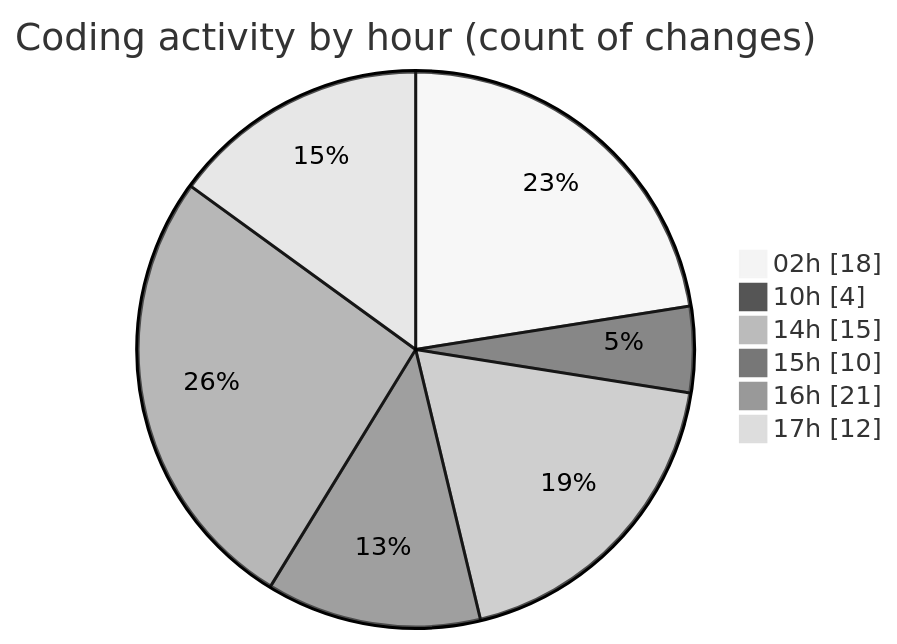
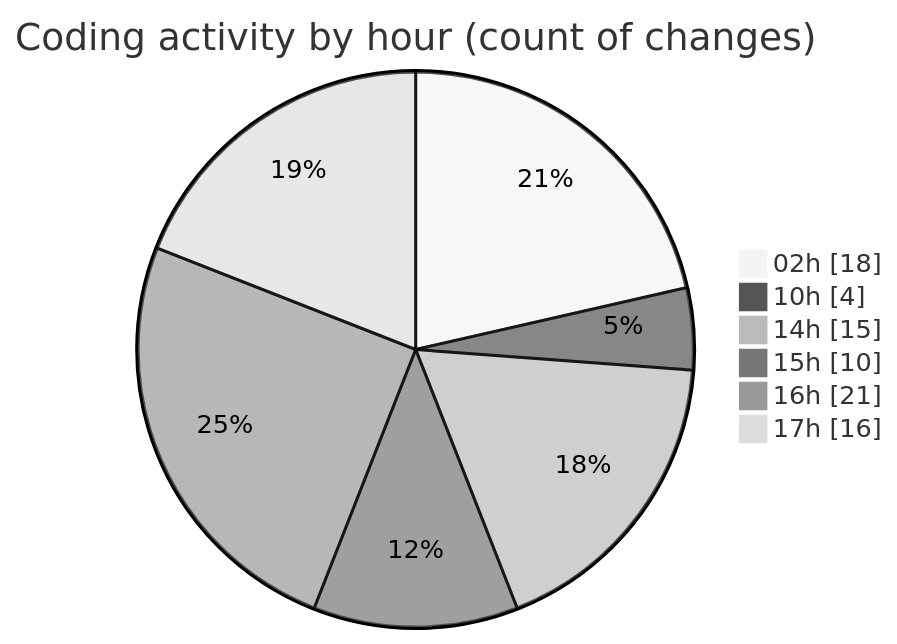
One commit to julien-gomy/code-tracking changed the second of 2 diagrams in 2025-10-15/eventscop-frontend-guide__workspace_/README.md. Above: the diagram before and after it, drawn with Mermaid (neutral theme). The commit also changed other lines of this file and 1 other file, not shown here.

````diff
--- a/2025-10-15/eventscop-frontend-guide__workspace_/README.md
+++ b/2025-10-15/eventscop-frontend-guide__workspace_/README.md
@@ -50,10 +50,10 @@
 ```mermaid
 pie showData
 title Coding activity by hour (count of changes)
 "02h" : 18
 "10h" : 4
 "14h" : 15
 "15h" : 10
 "16h" : 21
-"17h" : 12
+"17h" : 16
 ```
````
